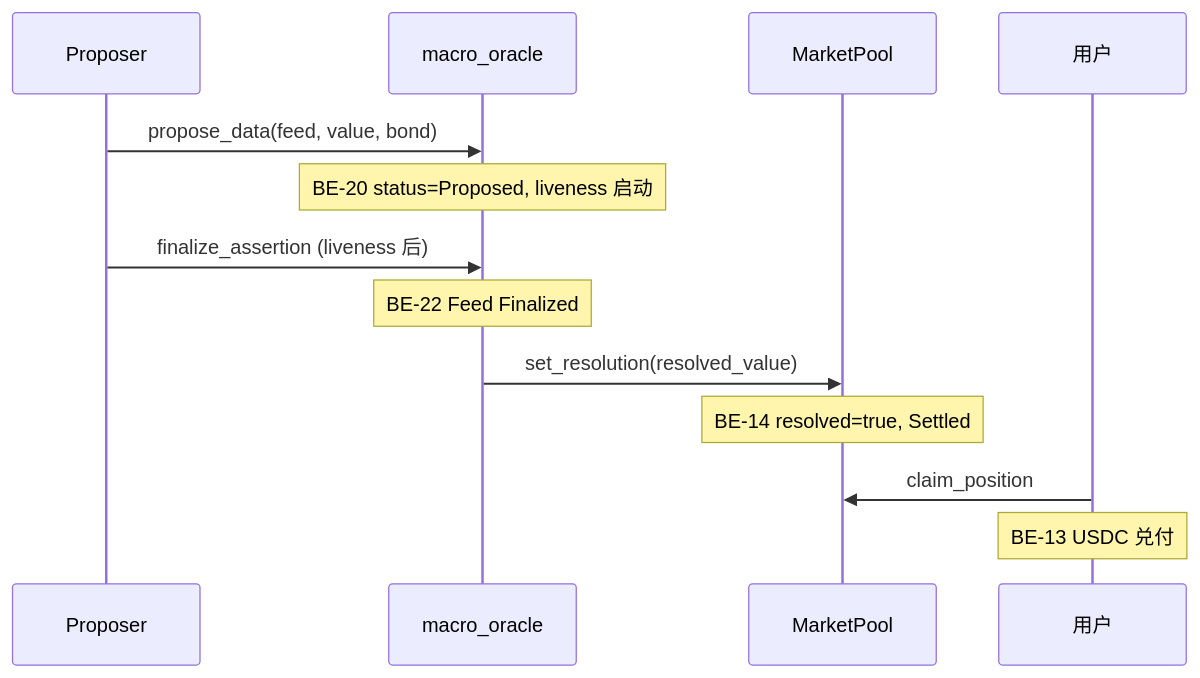
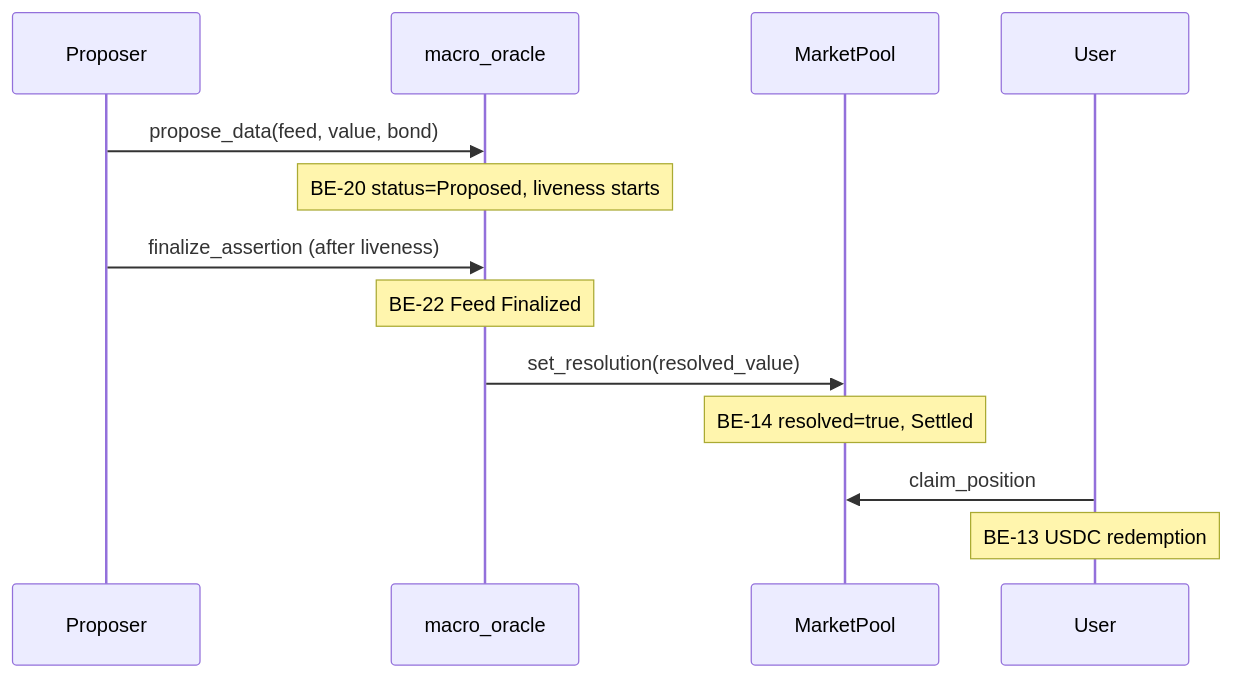
The fourth of 8 diagrams in docs/business-spec.md (bamaao/x-market), drawn with Mermaid before and after one commit. The commit also changed other lines of this file and 93 other files, not shown here.

````diff
--- a/docs/business-spec.md
+++ b/docs/business-spec.md
@@ -765,16 +767,16 @@
 ```mermaid
 sequenceDiagram
     participant P as Proposer
     participant O as macro_oracle
     participant Pool as MarketPool
-    participant U as 用户
+    participant U as User
 
     P->>O: propose_data(feed, value, bond)
-    Note over O: BE-20 status=Proposed, liveness 启动
-    P->>O: finalize_assertion (liveness 后)
+    Note over O: BE-20 status=Proposed, liveness starts
+    P->>O: finalize_assertion (after liveness)
     Note over O: BE-22 Feed Finalized
     O->>Pool: set_resolution(resolved_value)
     Note over Pool: BE-14 resolved=true, Settled
     U->>Pool: claim_position
-    Note over U: BE-13 USDC 兑付
+    Note over U: BE-13 USDC redemption
 ```
````
